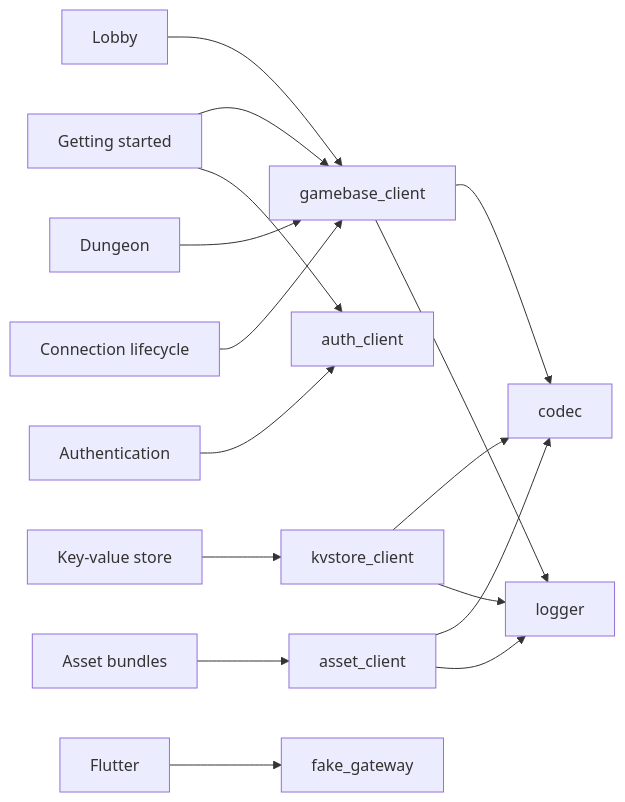
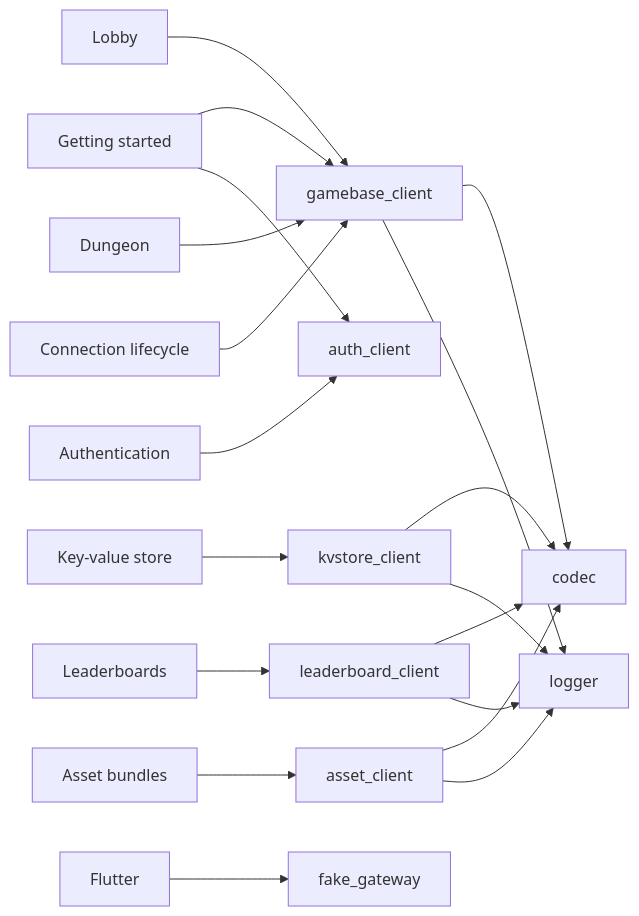
One commit to yingyeothon/flutterlib changed the diagram in docs/README.md. Above: the diagram before and after it, drawn with Mermaid. The commit also changed other lines of this file and 38 other files, not shown here.

````diff
--- a/docs/README.md
+++ b/docs/README.md
@@ -32,18 +33,21 @@
 ```mermaid
 flowchart LR
   gs["Getting started"] --> gc["gamebase_client"]
   gs --> ac["auth_client"]
   auth["Authentication"] --> ac
   lobby["Lobby"] --> gc
   dungeon["Dungeon"] --> gc
   kv["Key-value store"] --> kc["kvstore_client"]
+  lb["Leaderboards"] --> lc["leaderboard_client"]
   assets["Asset bundles"] --> asc["asset_client"]
   life["Connection lifecycle"] --> gc
   flutter["Flutter"] --> fg["fake_gateway"]
   gc --> codec["codec"]
   gc --> logger["logger"]
   kc --> codec
   kc --> logger
+  lc --> codec
+  lc --> logger
   asc --> codec
   asc --> logger
 ```
````
